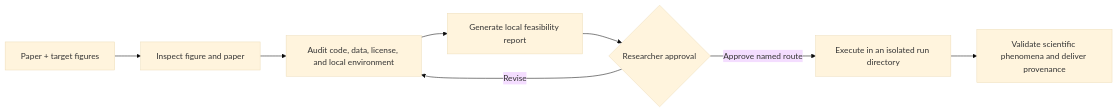
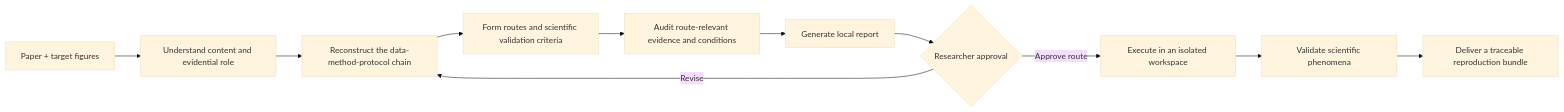
Before and after one commit to SciToolsmith/reprofig: the diagram in README.md, drawn with Mermaid (base theme). The commit also changed other lines of this file and 14 other files, not shown here.

````diff
--- a/README.md
+++ b/README.md
@@ -27,10 +39,13 @@
 ```mermaid
 flowchart LR
-    A[Paper + target figures] --> B[Inspect figure and paper]
-    B --> C[Audit code, data, license, and local environment]
-    C --> D[Generate local feasibility report]
-    D --> E{Researcher approval}
-    E -->|Revise| C
-    E -->|Approve named route| F[Execute in an isolated run directory]
-    F --> G[Validate scientific phenomena and deliver provenance]
+    A[Paper + target figures] --> B[Understand content and evidential role]
+    B --> C[Reconstruct the data-method-protocol chain]
+    C --> D[Form routes and scientific validation criteria]
+    D --> E[Audit route-relevant evidence and conditions]
+    E --> F[Generate local report]
+    F --> G{Researcher approval}
+    G -->|Revise| C
+    G -->|Approve route| H[Execute in an isolated workspace]
+    H --> I[Validate scientific phenomena]
+    I --> J[Deliver a traceable reproduction bundle]
 ```
````
